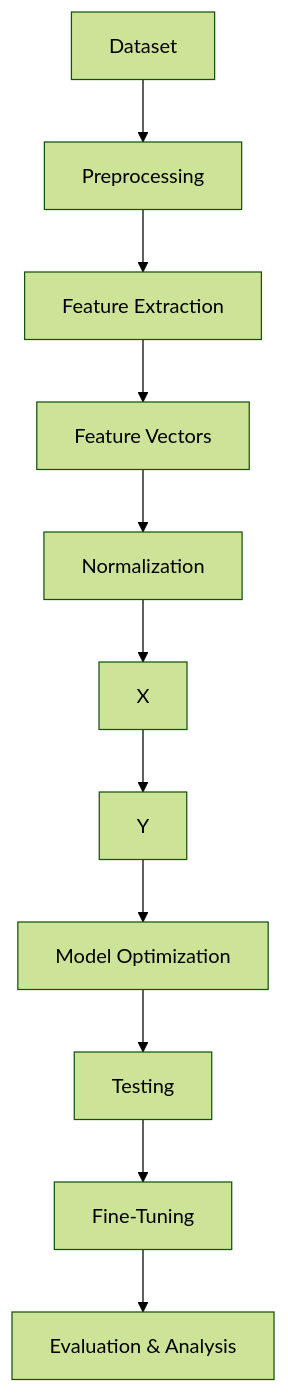
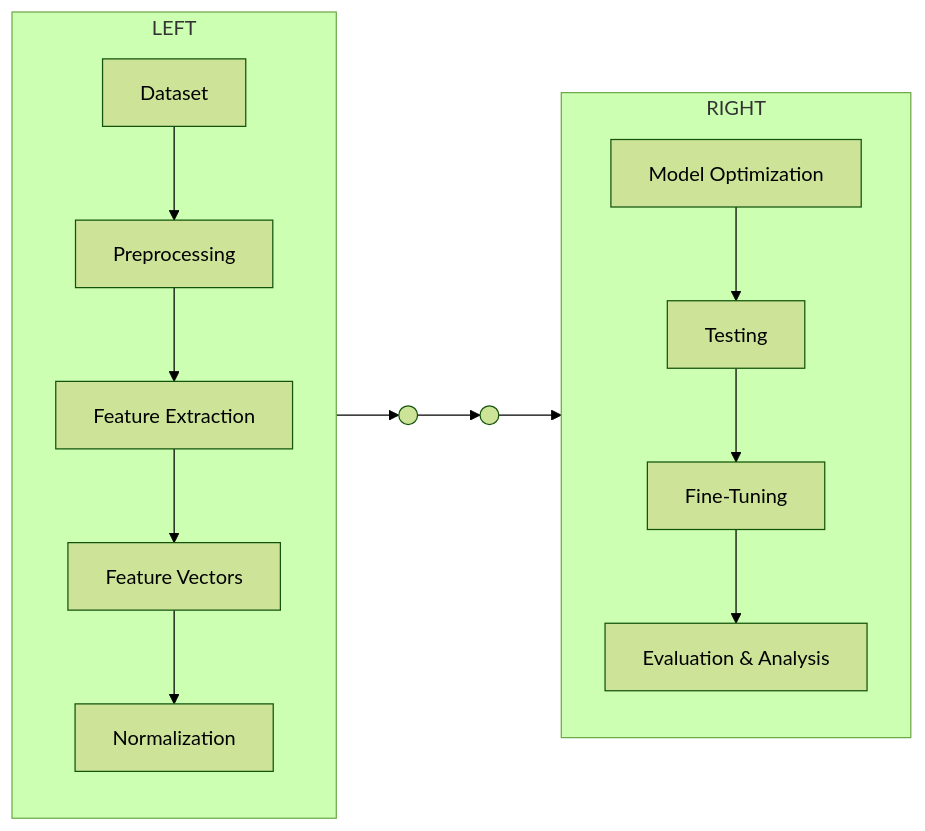
Before and after one commit to pgailinas/dip-ai-image-detection: the second of 2 diagrams in docs/index.md, drawn with Mermaid (forest theme). The commit also changed other lines of this file, not shown here.

````diff
--- a/docs/index.md
+++ b/docs/index.md
@@ -44,14 +44,20 @@
 ```mermaid
-flowchart TB
+flowchart LR
 
 %% Left column (vertical)
+subgraph LEFT
+direction TB
 A[Dataset] --> B[Preprocessing] --> C[Feature Extraction] --> D[Feature Vectors] --> E[Normalization]
+end
 
 %% Right column (vertical)
+subgraph RIGHT
+direction TB
 F[Model Optimization] --> G[Testing] --> H[Fine-Tuning] --> I[Evaluation & Analysis]
+end
 
-%% Connector path (right → up → right)
-E --> X
-X --> Y
+%% Dogleg connector
+E --> X(( ))
+X --> Y(( ))
 Y --> F
 ```
````
